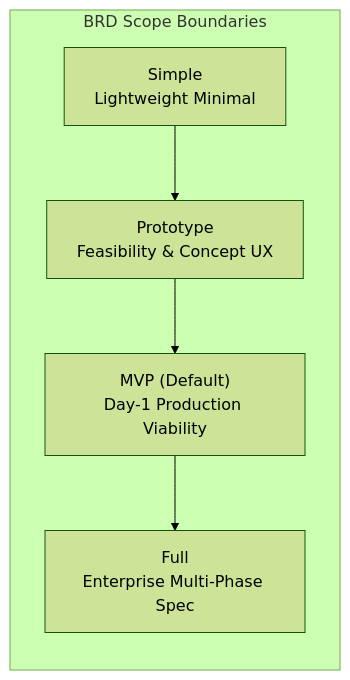
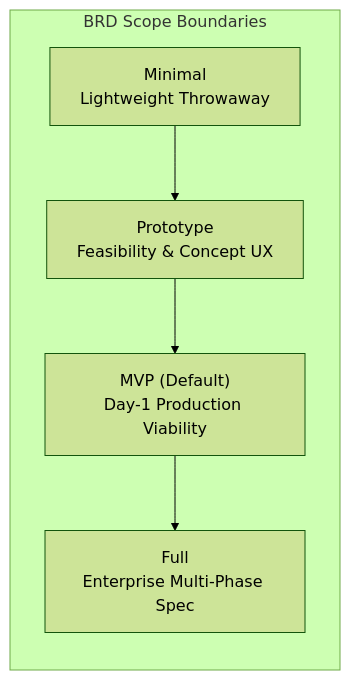
Before and after one commit to srikanthkakumanu/skills-catalog: the first of 3 diagrams in skills/brd/README.md, drawn with Mermaid (forest theme). The commit also changed other lines of this file and 5 other files, not shown here.

First line of the commit message:
refactor(brd): rename "simple" scope to "minimal" across all files

````diff
--- a/skills/brd/README.md
+++ b/skills/brd/README.md
@@ -96,12 +96,12 @@
 ```mermaid
 flowchart LR
     subgraph Scopes["BRD Scope Boundaries"]
-        S["Simple<br>Lightweight Minimal"]
+        S["Minimal<br>Lightweight Throwaway"]
         P["Prototype<br>Feasibility & Concept UX"]
         M["MVP (Default)<br>Day-1 Production Viability"]
         F["Full<br>Enterprise Multi-Phase Spec"]
     end
     S --> P
     P --> M
     M --> F
 ```
````
